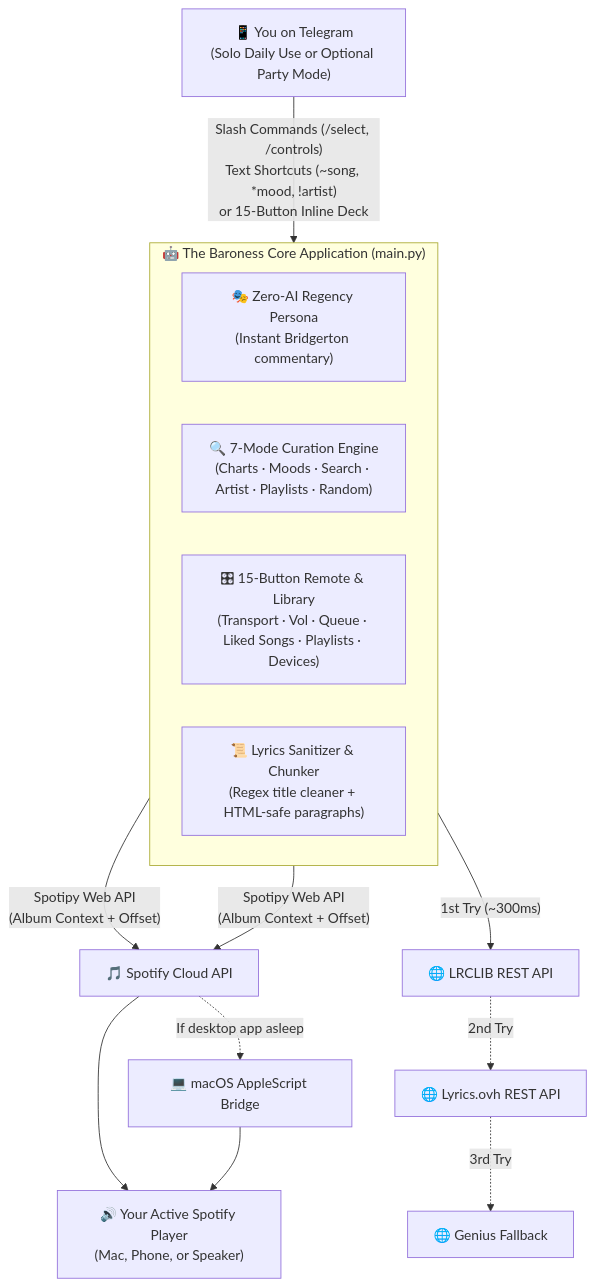
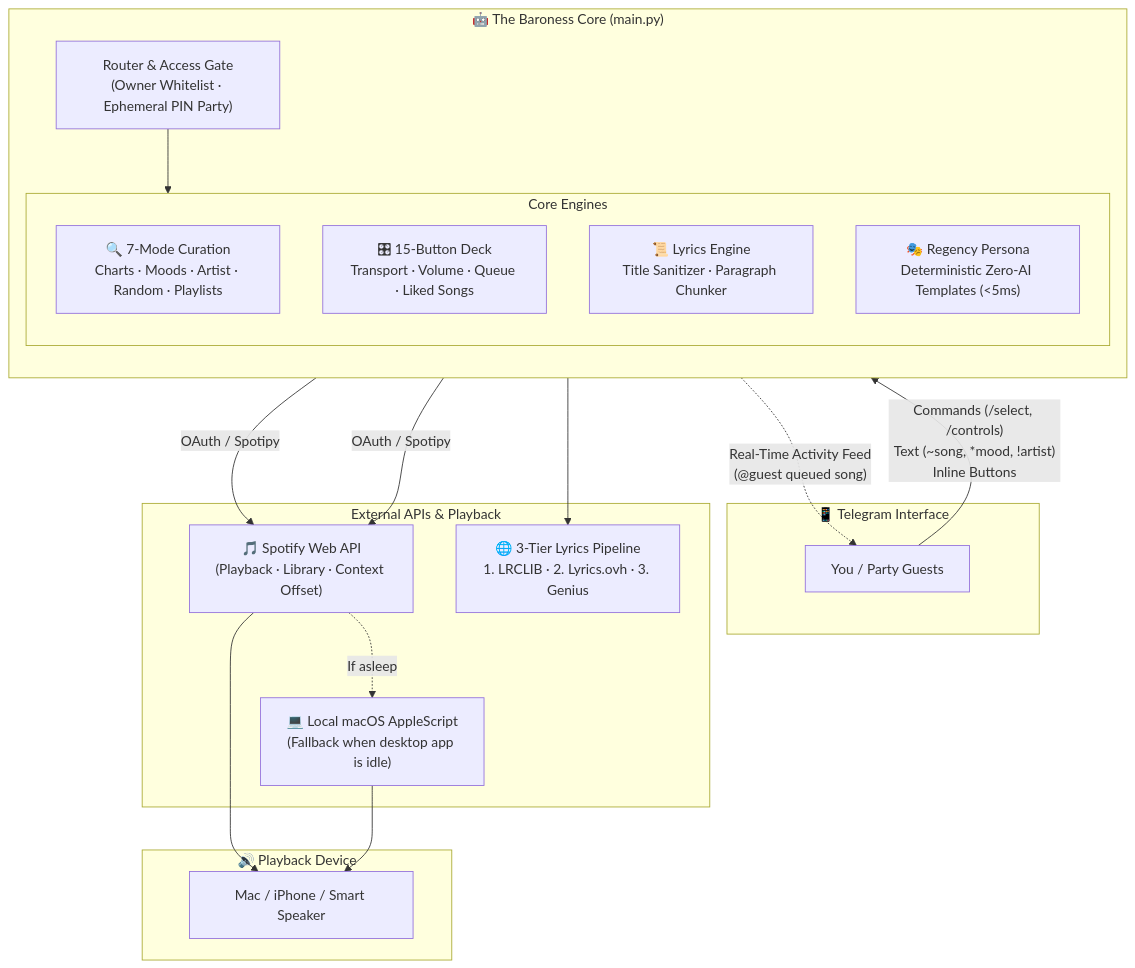
One commit to ginnnn-e/spotify changed the diagram in spotify-telegram-bot-v2/README.md. Above: the diagram before and after it, drawn with Mermaid. The commit also changed other lines of this file and 1 other file, not shown here.

Commit message:
docs: streamline README into concise guide with improved architecture diagram

````diff
--- a/spotify-telegram-bot-v2/README.md
+++ b/spotify-telegram-bot-v2/README.md
@@ -113,20 +44,40 @@
 ```mermaid
-flowchart TB
-    User["📱 You on Telegram<br/>(Solo Daily Use or Optional Party Mode)"] -->|"Slash Commands (/select, /controls)<br/>Text Shortcuts (~song, *mood, !artist)<br/>or 15-Button Inline Deck"| Core
-
-    subgraph Core["🤖 The Baroness Core Application (main.py)"]
-        direction LR
-        Persona["🎭 Zero-AI Regency Persona<br/>(Instant Bridgerton commentary)"]
-        Discovery["🔍 7-Mode Curation Engine<br/>(Charts · Moods · Search · Artist · Playlists · Random)"]
-        Controls["🎛 15-Button Remote & Library<br/>(Transport · Vol · Queue · Liked Songs · Playlists · Devices)"]
-        LyricsEng["📜 Lyrics Sanitizer & Chunker<br/>(Regex title cleaner + HTML-safe paragraphs)"]
+flowchart TD
+    subgraph TelegramClient["📱 Telegram Interface"]
+        User["You / Party Guests"]
     end
 
-    Discovery & Controls -->|"Spotipy Web API<br/>(Album Context + Offset)"| SpotifyAPI["🎵 Spotify Cloud API"]
-    SpotifyAPI -.->|"If desktop app asleep"| MacIPC["💻 macOS AppleScript Bridge"]
-    SpotifyAPI & MacIPC --> Speaker["🔊 Your Active Spotify Player<br/>(Mac, Phone, or Speaker)"]
+    subgraph BotEngine["🤖 The Baroness Core (main.py)"]
+        direction TB
+        InputRouter["Router & Access Gate<br/>(Owner Whitelist · Ephemeral PIN Party)"]
+        
+        subgraph CoreEngines["Core Engines"]
+            Curation["🔍 7-Mode Curation<br/>Charts · Moods · Artist · Random · Playlists"]
+            Remote["🎛 15-Button Deck<br/>Transport · Volume · Queue · Liked Songs"]
+            Lyrics["📜 Lyrics Engine<br/>Title Sanitizer · Paragraph Chunker"]
+            Persona["🎭 Regency Persona<br/>Deterministic Zero-AI Templates (<5ms)"]
+        end
 
-    LyricsEng -->|"1st Try (~300ms)"| Tier1["🌐 LRCLIB REST API"]
-    Tier1 -.->|"2nd Try"| Tier2["🌐 Lyrics.ovh REST API"]
-    Tier2 -.->|"3rd Try"| Tier3["🌐 Genius Fallback"]
+        InputRouter --> CoreEngines
+    end
+
+    subgraph ExternalServices["External APIs & Playback"]
+        SpotifyCloud["🎵 Spotify Web API<br/>(Playback · Library · Context Offset)"]
+        MacBridge["💻 Local macOS AppleScript<br/>(Fallback when desktop app is idle)"]
+        LyricsAPIs["🌐 3-Tier Lyrics Pipeline<br/>1. LRCLIB · 2. Lyrics.ovh · 3. Genius"]
+    end
+
+    subgraph Devices["🔊 Playback Device"]
+        Speaker["Mac / iPhone / Smart Speaker"]
+    end
+
+    User -->|"Commands (/select, /controls)<br/>Text (~song, *mood, !artist)<br/>Inline Buttons"| InputRouter
+    
+    Curation & Remote -->|"OAuth / Spotipy"| SpotifyCloud
+    SpotifyCloud -.->|"If asleep"| MacBridge
+    SpotifyCloud & MacBridge --> Speaker
+    
+    Lyrics --> LyricsAPIs
+    
+    BotEngine -.->|"Real-Time Activity Feed<br/>(@guest queued song)"| User
 ```
````
